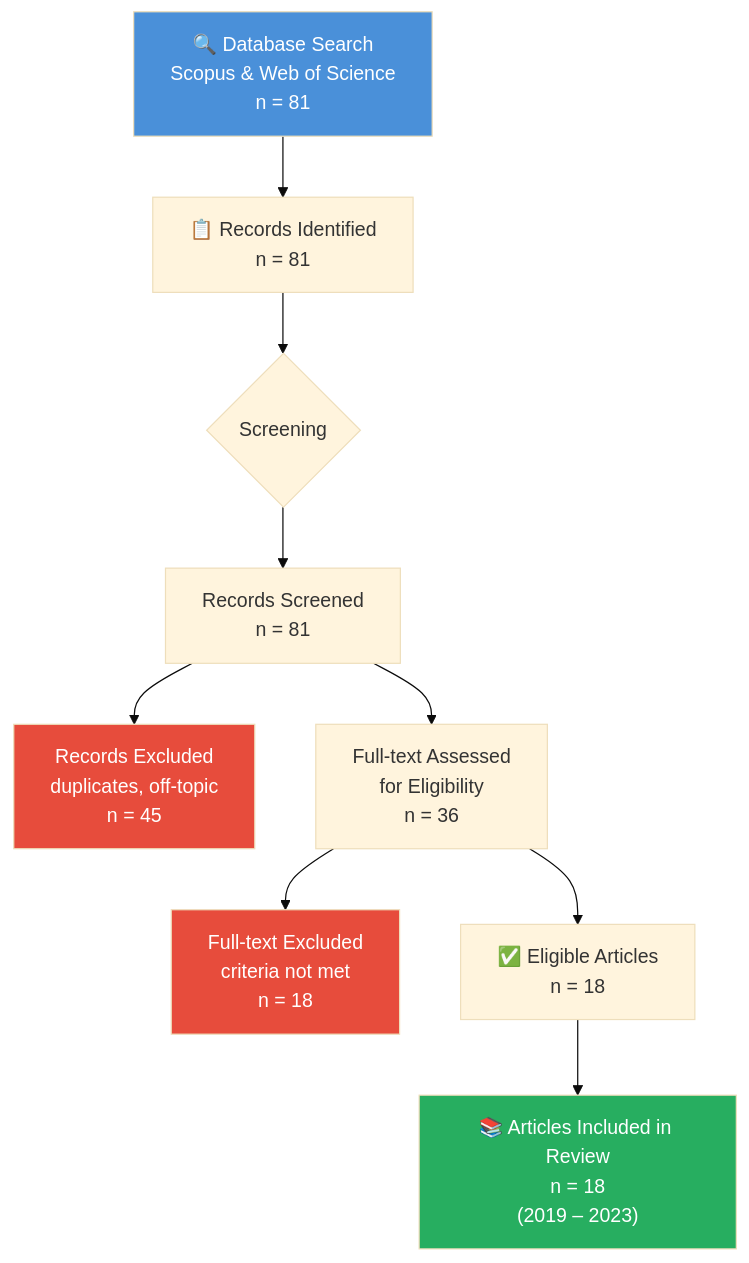
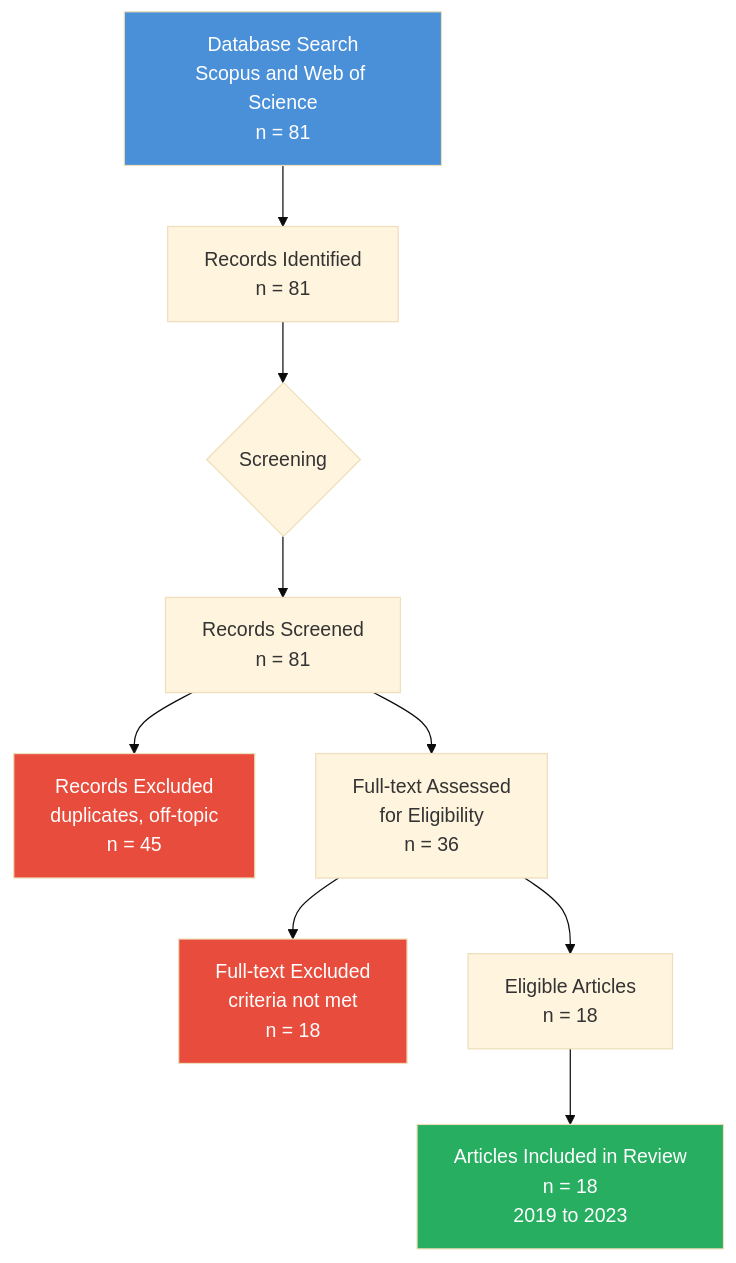
The second of 31 diagrams in README.md (companydevs/skill-link-gh), drawn with Mermaid (base theme) before and after one commit. The commit also changed other lines of this file, not shown here.

Commit message:
docs: fix remaining Mermaid render errors on GitHub

````diff
--- a/README.md
+++ b/README.md
@@ -65,16 +65,16 @@
 ```mermaid
 flowchart TD
-    A["🔍 Database Search\nScopus & Web of Science\nn = 81"] --> B["📋 Records Identified\nn = 81"]
+    A["Database Search\nScopus and Web of Science\nn = 81"] --> B["Records Identified\nn = 81"]
     B --> C{"Screening"}
     C --> D["Records Screened\nn = 81"]
     D --> E["Records Excluded\nduplicates, off-topic\nn = 45"]
     D --> F["Full-text Assessed\nfor Eligibility\nn = 36"]
     F --> G["Full-text Excluded\ncriteria not met\nn = 18"]
-    F --> H["✅ Eligible Articles\nn = 18"]
-    H --> I["📚 Articles Included in Review\nn = 18\n(2019 – 2023)"]
+    F --> H["Eligible Articles\nn = 18"]
+    H --> I["Articles Included in Review\nn = 18\n2019 to 2023"]
 
     style A fill:#4A90D9,color:#fff
     style I fill:#27AE60,color:#fff
     style E fill:#E74C3C,color:#fff
     style G fill:#E74C3C,color:#fff
 ```
````
